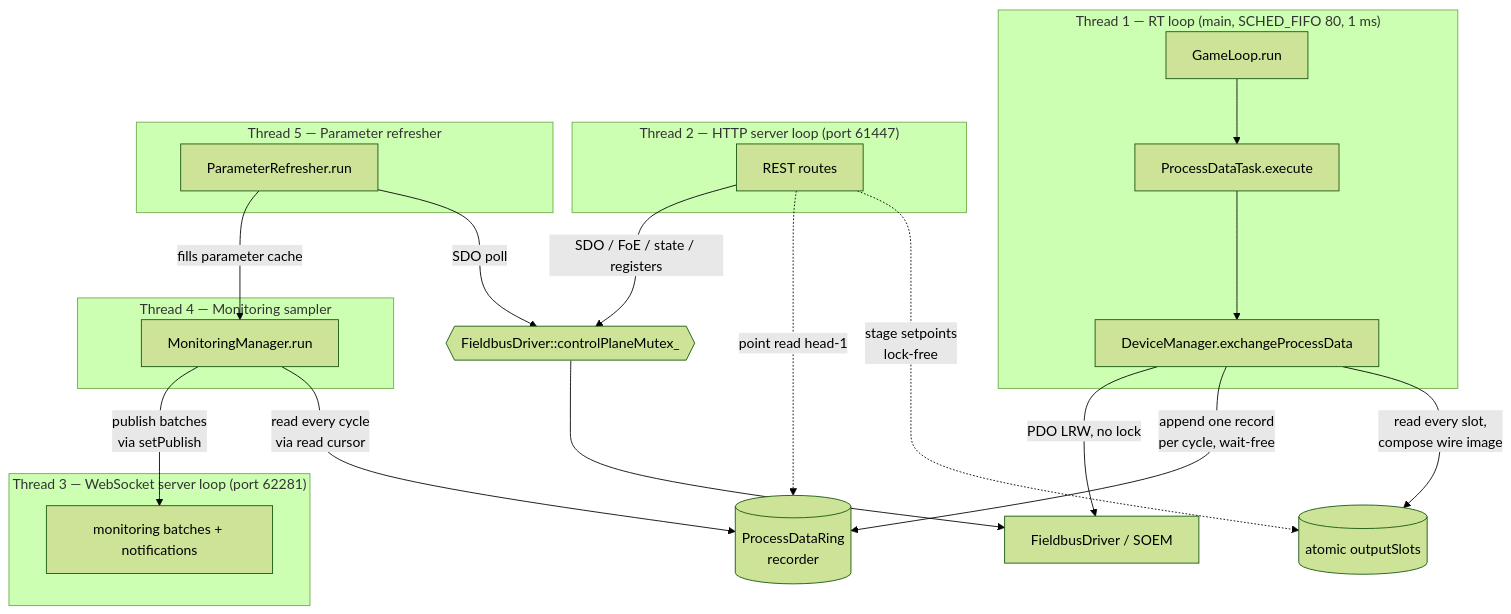
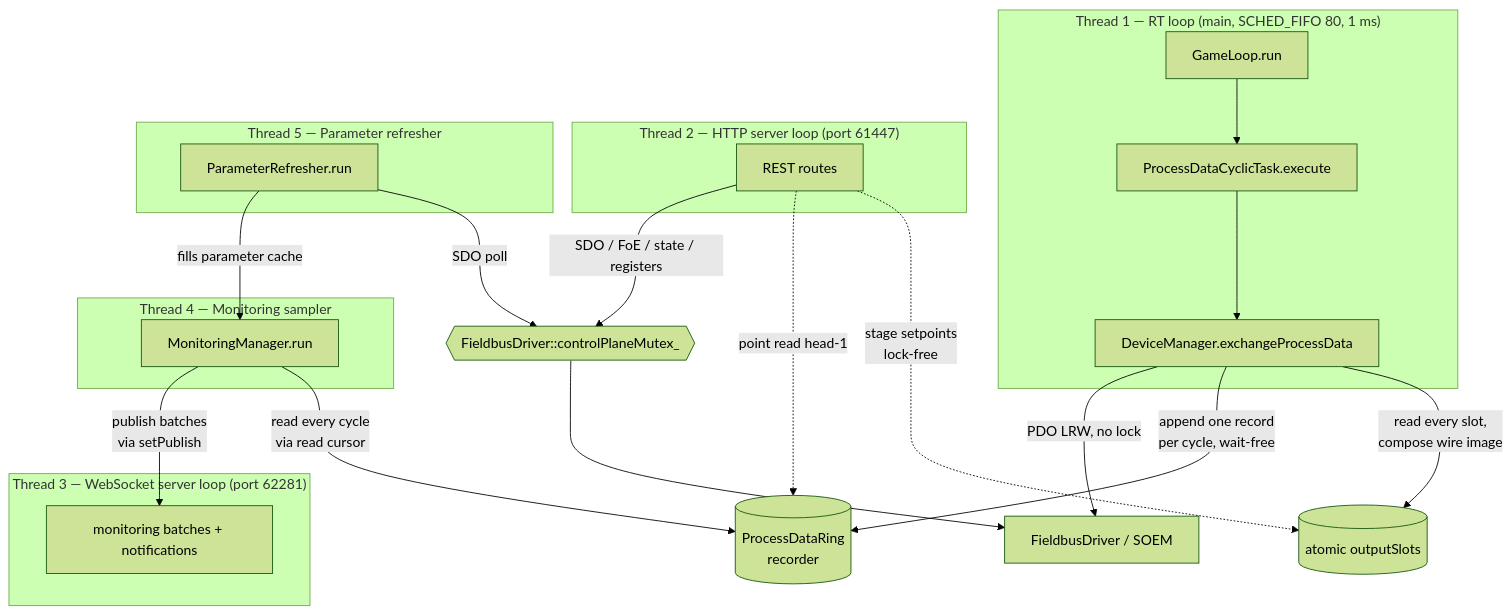
Before and after one commit to synapticon/motion-master: the diagram in docs/THREADS.md, drawn with Mermaid (forest theme). The commit also changed other lines of this file and 1 other file, not shown here.

First line of the commit message:
docs: reconcile class-diagram & threading docs with source

````diff
--- a/docs/THREADS.md
+++ b/docs/THREADS.md
@@ -22,31 +22,31 @@
 ```mermaid
 flowchart TB
     subgraph RT["Thread 1 — RT loop (main, SCHED_FIFO 80, 1 ms)"]
-        GL[GameLoop.run] --> PDT[ProcessDataTask.execute]
+        GL[GameLoop.run] --> PDT[ProcessDataCyclicTask.execute]
         PDT --> EPD[DeviceManager.exchangeProcessData]
     end
     subgraph HSRV["Thread 2 — HTTP server loop (port 61447)"]
         HTTP[REST routes]
     end
     subgraph WSRV["Thread 3 — WebSocket server loop (port 62281)"]
         WS[monitoring batches + notifications]
     end
     subgraph SAMP["Thread 4 — Monitoring sampler"]
         MS[MonitoringManager.run]
     end
     subgraph REF["Thread 5 — Parameter refresher"]
         PR[ParameterRefresher.run]
     end
 
     HTTP -.->|stage setpoints<br/>lock-free| SLOTS[(atomic outputSlots)]
     EPD -->|read every slot,<br/>compose wire image| SLOTS
     EPD -->|append one record<br/>per cycle, wait-free| RING[(ProcessDataRing<br/>recorder)]
     MS -->|read every cycle<br/>via read cursor| RING
     HTTP -.->|point read head-1| RING
     HTTP -->|SDO / FoE / state / registers| SM{{FieldbusDriver::controlPlaneMutex_}}
     PR -->|SDO poll| SM
     SM --> DRV[FieldbusDriver / SOEM]
     EPD -->|PDO LRW, no lock| DRV
     MS -->|publish batches<br/>via setPublish| WS
     PR -->|fills parameter cache| MS
 ```
````
